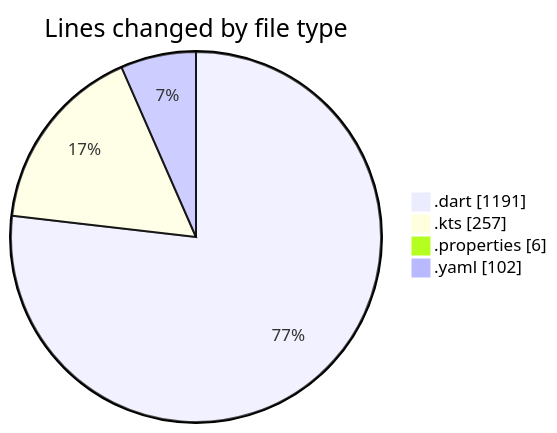
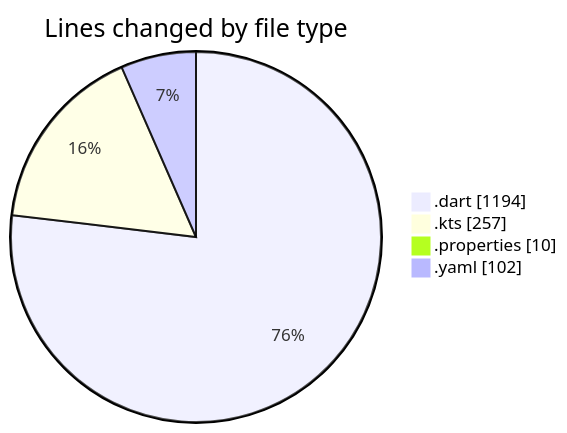
One commit to donsfak/code-tracking changed the first of 2 diagrams in 2025-02-24/drivers_app/README.md. Above: the diagram before and after it, drawn with Mermaid. The commit also changed other lines of this file and 1 other file, not shown here.

````diff
--- a/2025-02-24/drivers_app/README.md
+++ b/2025-02-24/drivers_app/README.md
@@ -27,8 +28,8 @@
 ```mermaid
 pie showData
 title Lines changed by file type
-".dart" : 1191
+".dart" : 1194
 ".kts" : 257
-".properties" : 6
+".properties" : 10
 ".yaml" : 102
 ```
````
